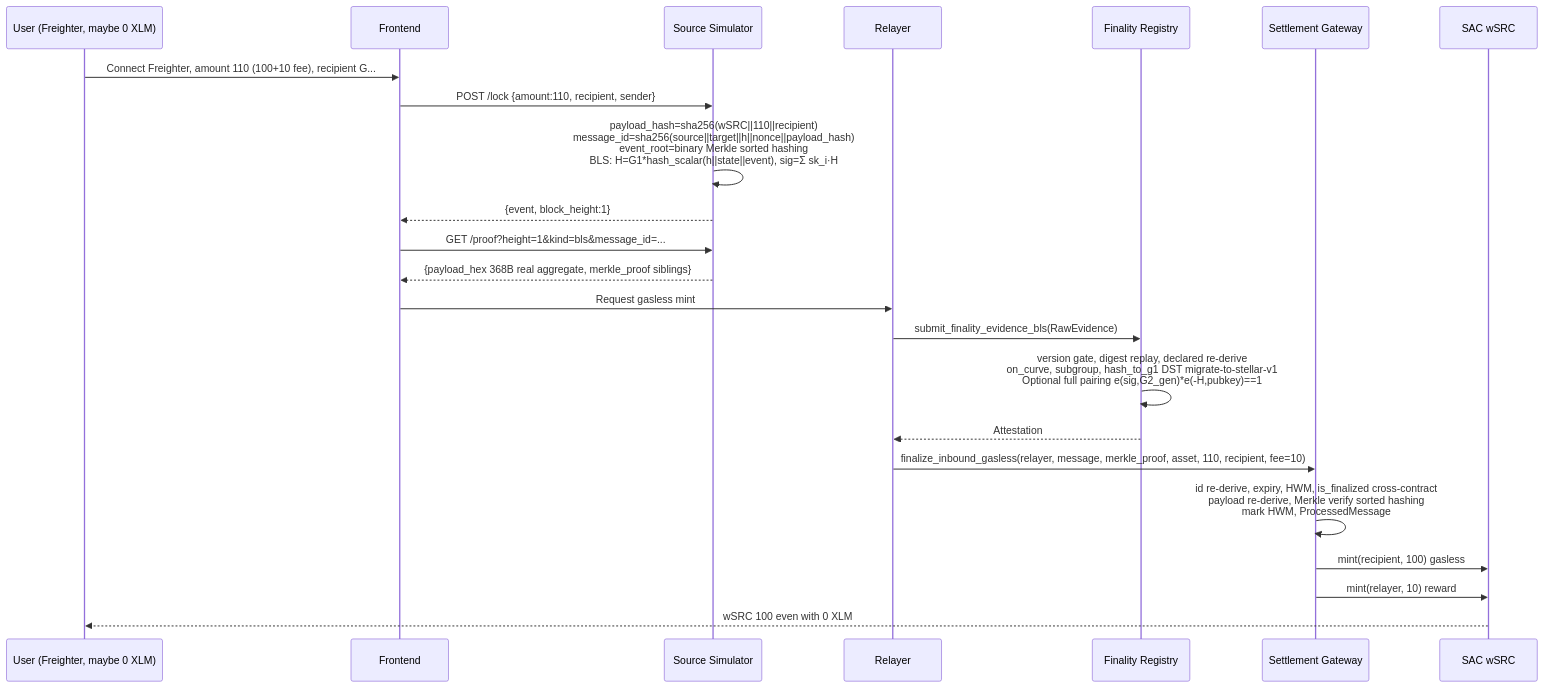
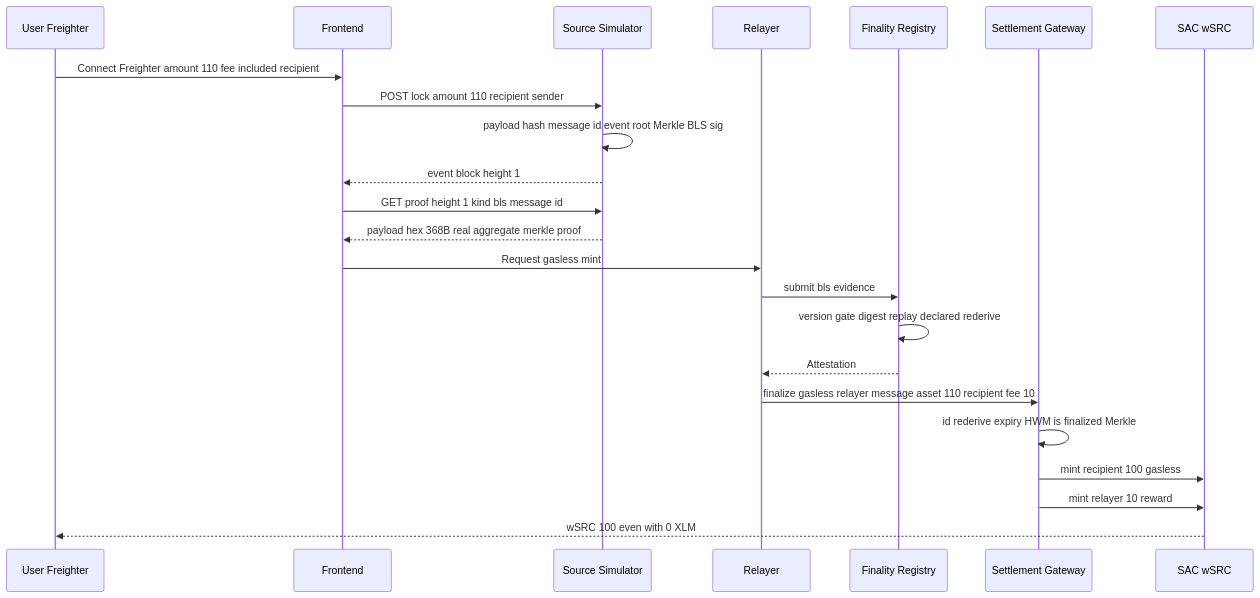
One commit to lubothebook/lumen-gate changed the sixth of 6 diagrams in README.md. Above: the diagram before and after it, drawn with Mermaid. The commit also changed other lines of this file, not shown here.

First line of the commit message:
fix: Mermaid diagrams GitHub compatible — remove br, &, special chars, ensure flowchart/sequenceDiagram render

````diff
--- a/README.md
+++ b/README.md
@@ -227,26 +237,26 @@
 ```mermaid
 sequenceDiagram
-    participant U as User (Freighter, maybe 0 XLM)
+    participant U as User Freighter
     participant FE as Frontend
     participant SIM as Source Simulator
     participant REL as Relayer
     participant REG as Finality Registry
     participant GW as Settlement Gateway
     participant SAC as SAC wSRC
 
-    U->>FE: Connect Freighter, amount 110 (100+10 fee), recipient G...
-    FE->>SIM: POST /lock {amount:110, recipient, sender}
-    SIM->>SIM: payload_hash=sha256(wSRC||110||recipient)<br/>message_id=sha256(source||target||h||nonce||payload_hash)<br/>event_root=binary Merkle sorted hashing<br/>BLS: H=G1*hash_scalar(h||state||event), sig=Σ sk_i·H
-    SIM-->>FE: {event, block_height:1}
-    FE->>SIM: GET /proof?height=1&kind=bls&message_id=...
-    SIM-->>FE: {payload_hex 368B real aggregate, merkle_proof siblings}
+    U->>FE: Connect Freighter amount 110 fee included recipient
+    FE->>SIM: POST lock amount 110 recipient sender
+    SIM->>SIM: payload hash message id event root Merkle BLS sig
+    SIM-->>FE: event block height 1
+    FE->>SIM: GET proof height 1 kind bls message id
+    SIM-->>FE: payload hex 368B real aggregate merkle proof
     FE->>REL: Request gasless mint
-    REL->>REG: submit_finality_evidence_bls(RawEvidence)
-    REG->>REG: version gate, digest replay, declared re-derive<br/>on_curve, subgroup, hash_to_g1 DST migrate-to-stellar-v1<br/>Optional full pairing e(sig,G2_gen)*e(-H,pubkey)==1
+    REL->>REG: submit bls evidence
+    REG->>REG: version gate digest replay declared rederive
     REG-->>REL: Attestation
-    REL->>GW: finalize_inbound_gasless(relayer, message, merkle_proof, asset, 110, recipient, fee=10)
-    GW->>GW: id re-derive, expiry, HWM, is_finalized cross-contract<br/>payload re-derive, Merkle verify sorted hashing<br/>mark HWM, ProcessedMessage
-    GW->>SAC: mint(recipient, 100) gasless
-    GW->>SAC: mint(relayer, 10) reward
+    REL->>GW: finalize gasless relayer message asset 110 recipient fee 10
+    GW->>GW: id rederive expiry HWM is finalized Merkle
+    GW->>SAC: mint recipient 100 gasless
+    GW->>SAC: mint relayer 10 reward
     SAC-->>U: wSRC 100 even with 0 XLM
 ```
````
